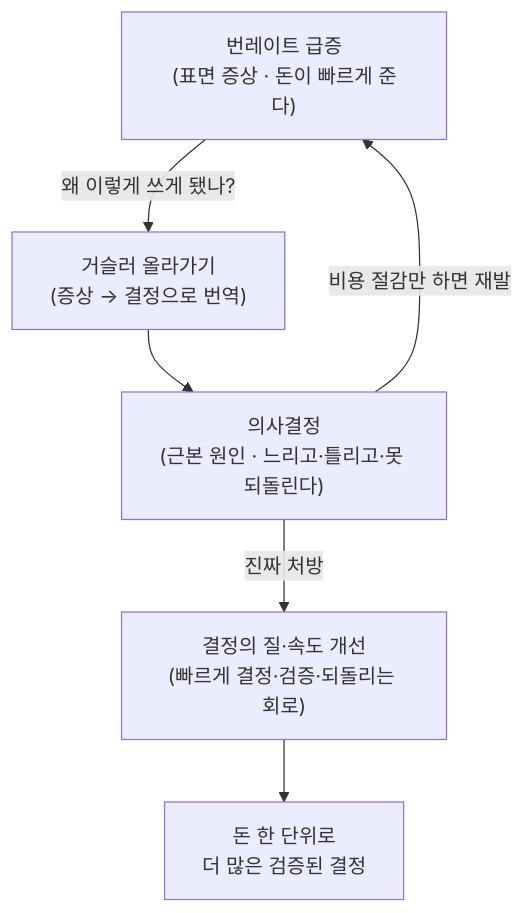
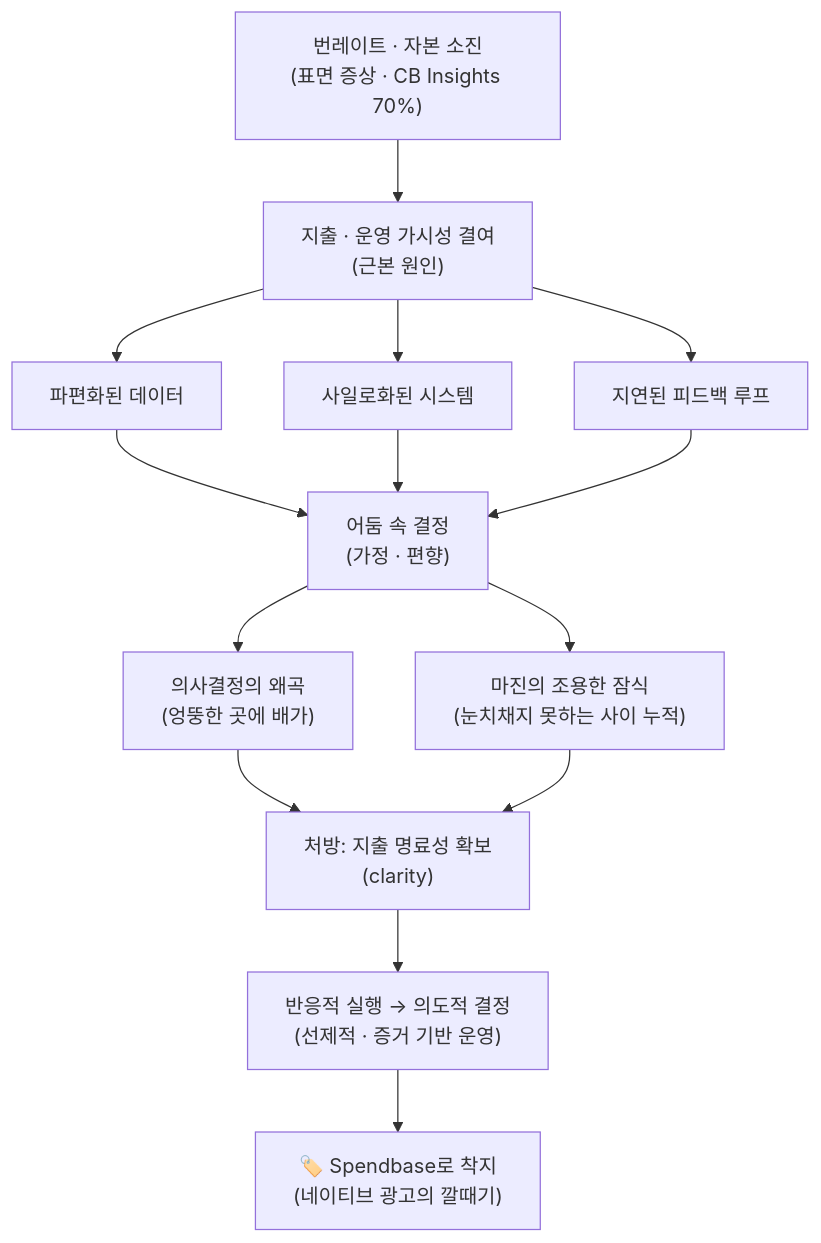
One commit to orchwang/orchwang.github.io changed the diagram in _posts/Articles/AI-Industry/2026-06-26-startups-decision-problem.md. Above: the diagram before and after it, drawn with Mermaid. The commit also changed other lines of this file, not shown here.

````diff
--- a/_posts/Articles/AI-Industry/2026-06-26-startups-decision-problem.md
+++ b/_posts/Articles/AI-Industry/2026-06-26-startups-decision-problem.md
@@ -114,8 +160,16 @@
 ```mermaid
 flowchart TB
-    A["번레이트 급증<br/>(표면 증상 · 돈이 빠르게 준다)"] -->|"왜 이렇게 쓰게 됐나?"| B["거슬러 올라가기<br/>(증상 → 결정으로 번역)"]
-    B --> C["의사결정<br/>(근본 원인 · 느리고·틀리고·못 되돌린다)"]
-    C -->|"비용 절감만 하면 재발"| A
-    C -->|"진짜 처방"| D["결정의 질·속도 개선<br/>(빠르게 결정·검증·되돌리는 회로)"]
-    D --> E["돈 한 단위로<br/>더 많은 검증된 결정"]
+    A["번레이트 · 자본 소진<br/>(표면 증상 · CB Insights 70%)"] --> B["지출 · 운영 가시성 결여<br/>(근본 원인)"]
+    B --> B1["파편화된 데이터"]
+    B --> B2["사일로화된 시스템"]
+    B --> B3["지연된 피드백 루프"]
+    B1 --> C["어둠 속 결정<br/>(가정 · 편향)"]
+    B2 --> C
+    B3 --> C
+    C --> D1["의사결정의 왜곡<br/>(엉뚱한 곳에 배가)"]
+    C --> D2["마진의 조용한 잠식<br/>(눈치채지 못하는 사이 누적)"]
+    D1 --> E["처방: 지출 명료성 확보<br/>(clarity)"]
+    D2 --> E
+    E --> F["반응적 실행 → 의도적 결정<br/>(선제적 · 증거 기반 운영)"]
+    F --> G["🏷️ Spendbase로 착지<br/>(네이티브 광고의 깔때기)"]
 ```
````
